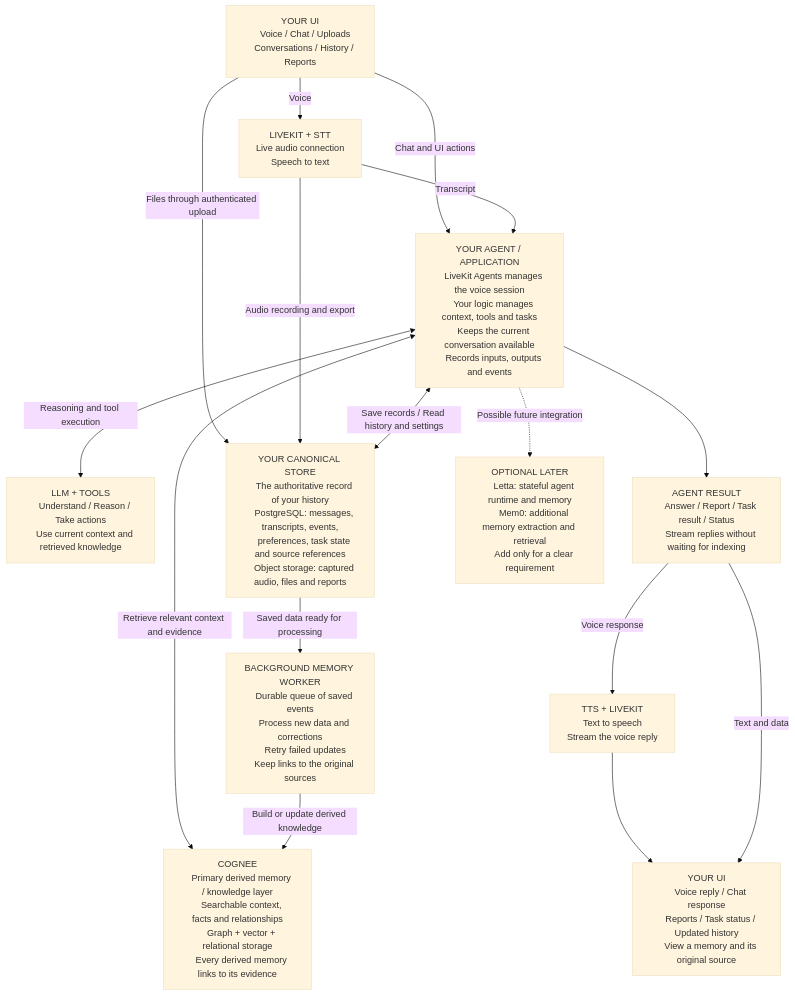
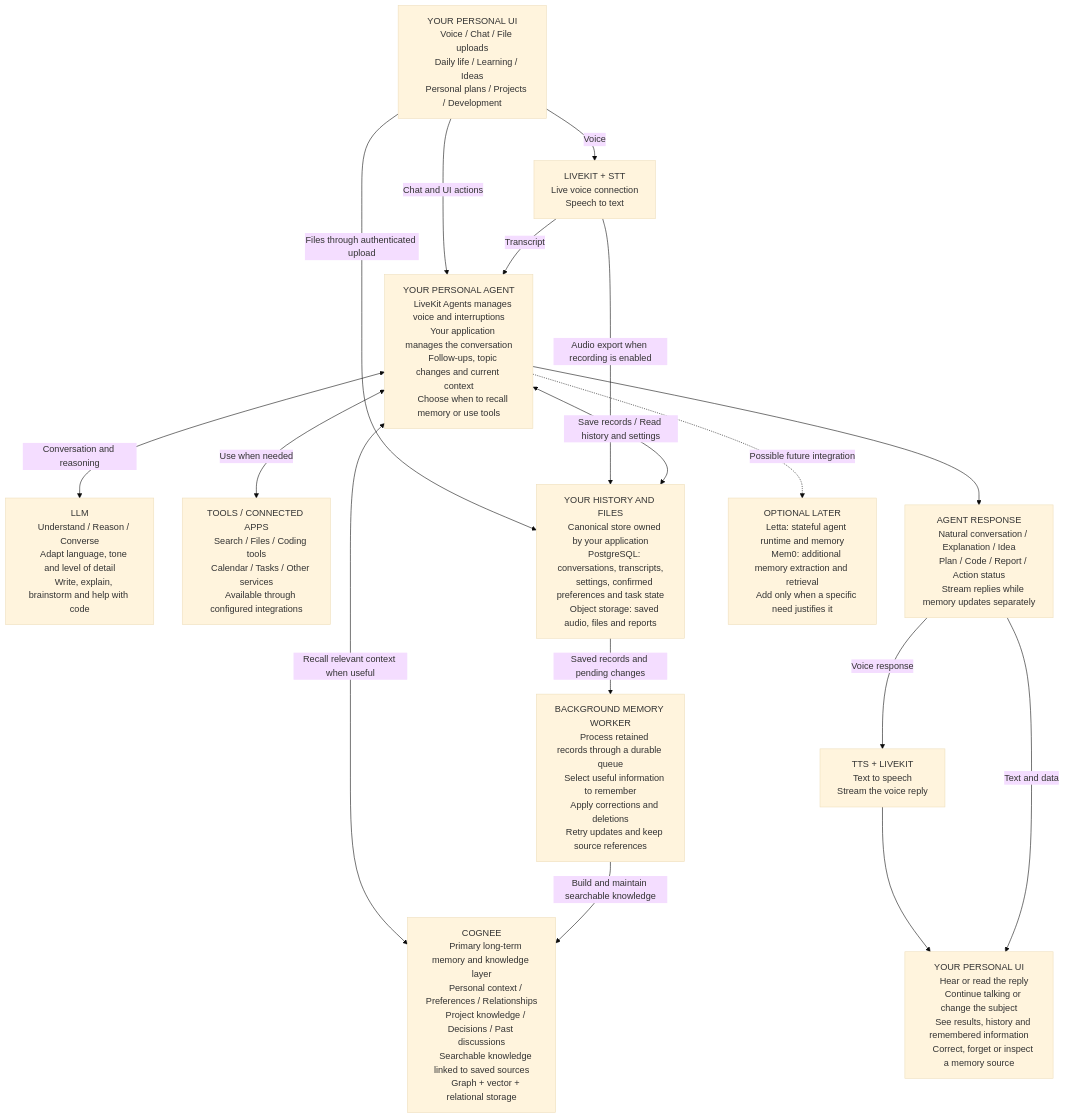
Before and after one commit to manojvermamv/docs: the diagram in recommended-second-brain-stack.md, drawn with Mermaid (base theme). The commit also changed other lines of this file, not shown here.

Commit message:
Revise recommended second brain stack documentation
Updated the document to clarify the architecture and functionality of the personal second brain stack, including changes to terminology and structure.

````diff
--- a/recommended-second-brain-stack.md
+++ b/recommended-second-brain-stack.md
@@ -9,69 +11,80 @@
 ```mermaid
 flowchart TD
-    UI["YOUR UI
-    Voice / Chat / Uploads
-    Conversations / History / Reports"]
+    UI["YOUR PERSONAL UI
+    Voice / Chat / File uploads
+    Daily life / Learning / Ideas
+    Personal plans / Projects / Development"]
 
     VOICE["LIVEKIT + STT
-    Live audio connection
+    Live voice connection
     Speech to text"]
 
-    AGENT["YOUR AGENT / APPLICATION
-    LiveKit Agents manages the voice session
-    Your logic manages context, tools and tasks
-    Keeps the current conversation available
-    Records inputs, outputs and events"]
+    AGENT["YOUR PERSONAL AGENT
+    LiveKit Agents manages voice and interruptions
+    Your application manages the conversation
+    Follow-ups, topic changes and current context
+    Choose when to recall memory or use tools"]
 
-    THINK["LLM + TOOLS
-    Understand / Reason / Take actions
-    Use current context and retrieved knowledge"]
+    LLM["LLM
+    Understand / Reason / Converse
+    Adapt language, tone and level of detail
+    Write, explain, brainstorm and help with code"]
 
-    STORE["YOUR CANONICAL STORE
-    The authoritative record of your history
-    PostgreSQL: messages, transcripts, events,
-    preferences, task state and source references
-    Object storage: captured audio, files and reports"]
+    TOOLS["TOOLS / CONNECTED APPS
+    Search / Files / Coding tools
+    Calendar / Tasks / Other services
+    Available through configured integrations"]
+
+    STORE["YOUR HISTORY AND FILES
+    Canonical store owned by your application
+    PostgreSQL: conversations, transcripts,
+    settings, confirmed preferences and task state
+    Object storage: saved audio, files and reports"]
 
     WORKER["BACKGROUND MEMORY WORKER
-    Durable queue of saved events
-    Process new data and corrections
-    Retry failed updates
-    Keep links to the original sources"]
+    Process retained records through a durable queue
+    Select useful information to remember
+    Apply corrections and deletions
+    Retry updates and keep source references"]
 
     COGNEE["COGNEE
-    Primary derived memory / knowledge layer
-    Searchable context, facts and relationships
-    Graph + vector + relational storage
-    Every derived memory links to its evidence"]
+    Primary long-term memory and knowledge layer
+    Personal context / Preferences / Relationships
+    Project knowledge / Decisions / Past discussions
+    Searchable knowledge linked to saved sources
+    Graph + vector + relational storage"]
 
-    RESULT["AGENT RESULT
-    Answer / Report / Task result / Status
-    Stream replies without waiting for indexing"]
+    RESULT["AGENT RESPONSE
+    Natural conversation / Explanation / Idea
+    Plan / Code / Report / Action status
+    Stream replies while memory updates separately"]
 
     SPEAK["TTS + LIVEKIT
     Text to speech
     Stream the voice reply"]
 
-    OUTPUT["YOUR UI
-    Voice reply / Chat response
-    Reports / Task status / Updated history
-    View a memory and its original source"]
+    OUTPUT["YOUR PERSONAL UI
+    Hear or read the reply
+    Continue talking or change the subject
+    See results, history and remembered information
+    Correct, forget or inspect a memory source"]
 
     OPTIONAL["OPTIONAL LATER
     Letta: stateful agent runtime and memory
     Mem0: additional memory extraction and retrieval
-    Add only for a clear requirement"]
+    Add only when a specific need justifies it"]
 
     UI -->|Voice| VOICE
     UI -->|Chat and UI actions| AGENT
     UI -->|Files through authenticated upload| STORE
     VOICE -->|Transcript| AGENT
-    VOICE -->|Audio recording and export| STORE
+    VOICE -->|Audio export when recording is enabled| STORE
+    AGENT <-->|Conversation and reasoning| LLM
+    AGENT <-->|Use when needed| TOOLS
     AGENT <-->|Save records / Read history and settings| STORE
-    AGENT <-->|Reasoning and tool execution| THINK
-    AGENT <-->|Retrieve relevant context and evidence| COGNEE
-    STORE -->|Saved data ready for processing| WORKER
-    WORKER -->|Build or update derived knowledge| COGNEE
+    AGENT <-->|Recall relevant context when useful| COGNEE
+    STORE -->|Saved records and pending changes| WORKER
+    WORKER -->|Build and maintain searchable knowledge| COGNEE
     AGENT --> RESULT
     RESULT -->|Voice response| SPEAK
     SPEAK --> OUTPUT
````
